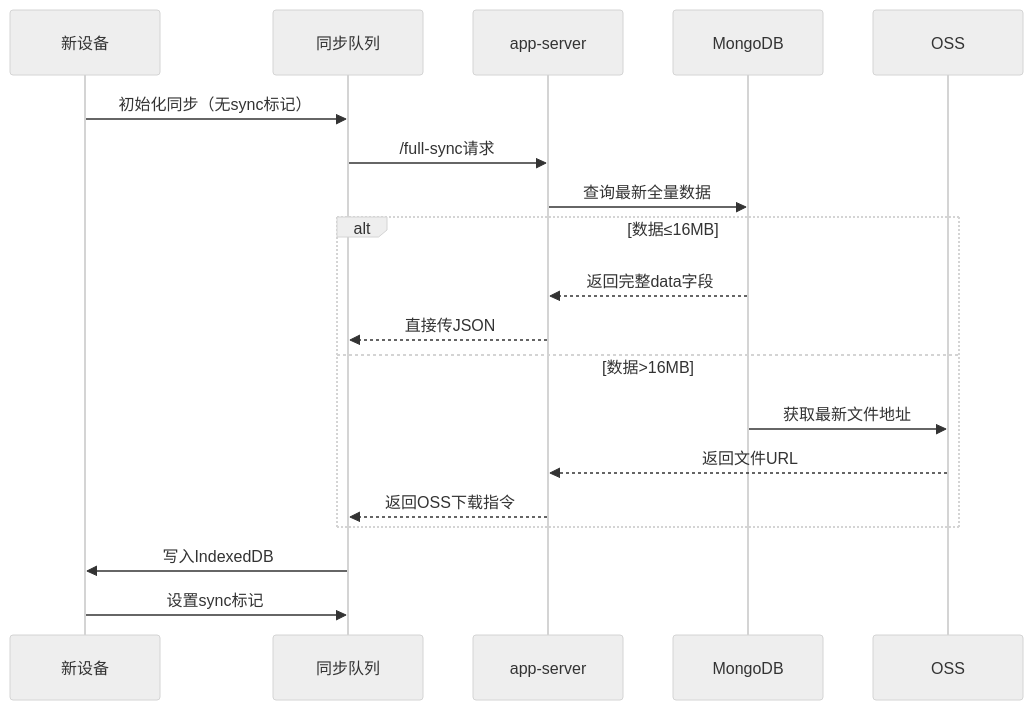
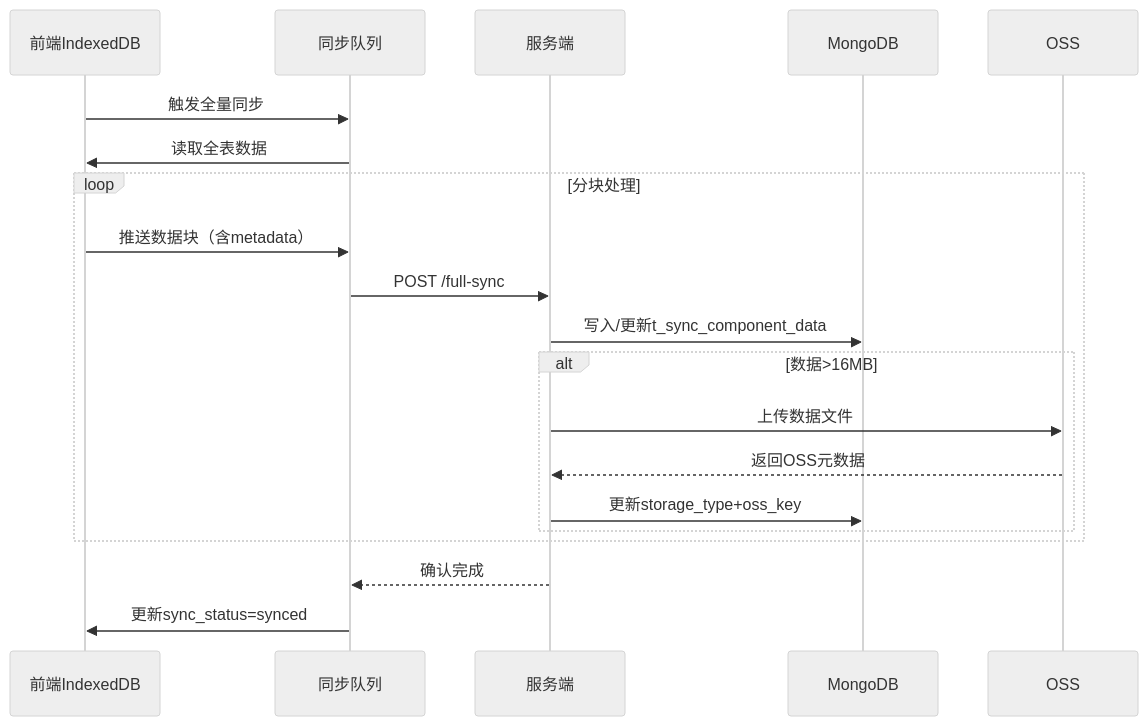
Before and after one commit to yingjianzh/iodraw-files: the diagram in all/未命名-24.md, drawn with Mermaid (neutral theme).

Commit message:
2025-02-24 16:18:38 update

````diff
--- a/all/未命名-24.md
+++ b/all/未命名-24.md
@@ -1,22 +1,23 @@
 ```mermaid
 sequenceDiagram
-    participant 新设备
+    participant 前端 as 前端IndexedDB
     participant 同步队列
-    participant app-server
+    participant 服务端
     participant MongoDB
     participant OSS
 
-    新设备->>同步队列: 初始化同步（无sync标记）
-    同步队列->>app-server: /full-sync请求
-    app-server->>MongoDB: 查询最新全量数据
-    alt 数据≤16MB
-        MongoDB-->>app-server: 返回完整data字段
-        app-server-->>同步队列: 直接传JSON
-    else 数据>16MB
-        MongoDB->>OSS: 获取最新文件地址
-        OSS-->>app-server: 返回文件URL
-        app-server-->>同步队列: 返回OSS下载指令
+    前端->>同步队列: 触发全量同步
+    同步队列->>前端: 读取全表数据
+    loop 分块处理
+        前端->>同步队列: 推送数据块（含metadata）
+        同步队列->>服务端: POST /full-sync
+        服务端->>MongoDB: 写入/更新t_sync_component_data
+        alt 数据>16MB
+            服务端->>OSS: 上传数据文件
+            OSS-->>服务端: 返回OSS元数据
+            服务端->>MongoDB: 更新storage_type+oss_key
+        end
     end
-    同步队列->>新设备: 写入IndexedDB
-    新设备->>同步队列: 设置sync标记
+    服务端-->>同步队列: 确认完成
+    同步队列->>前端: 更新sync_status=synced
 ```
````
